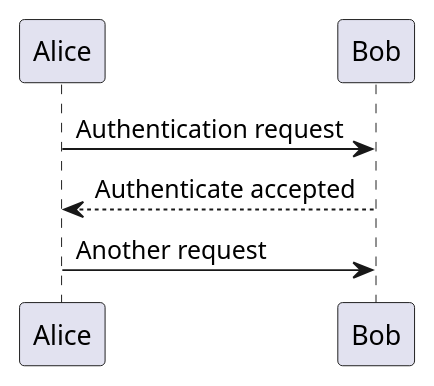
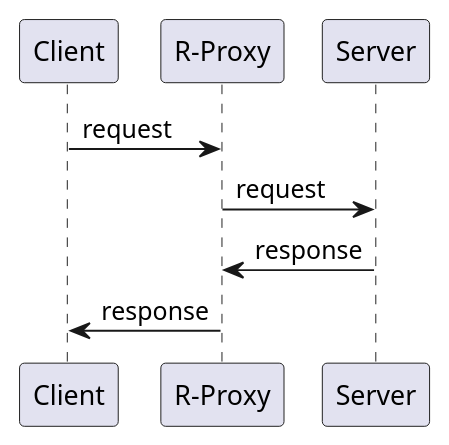
The first of 4 diagrams in Content/20240707174313-plantuml.org (rajp152k/buffer), drawn with PlantUML before and after one commit. The commit also changed other lines of this file and 16 other files, not shown here.

```diff
--- a/Content/20240707174313-plantuml.org
+++ b/Content/20240707174313-plantuml.org
@@ -9,7 +9,8 @@
 #+begin_src plantuml  :file images/plantuml-seq.png :exports both
 @startuml
-Alice -> Bob: Authentication request
-Bob --> Alice: Authenticate accepted
-Alice -> Bob: Another request
+Client -> "R-Proxy": request
+"R-Proxy" -> Server: request
+Server -> "R-Proxy": response
+"R-Proxy" -> Client: response
 @enduml
 #+end_src
```
